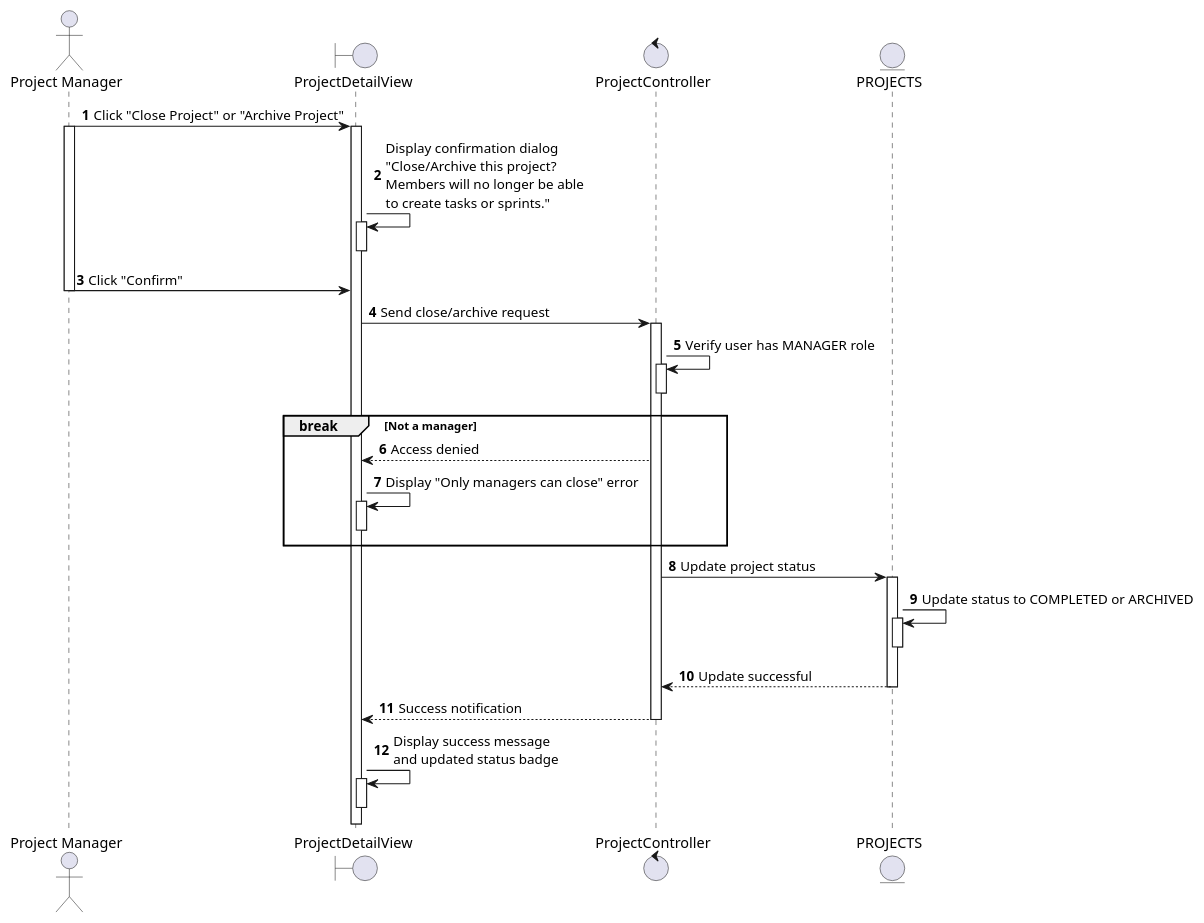
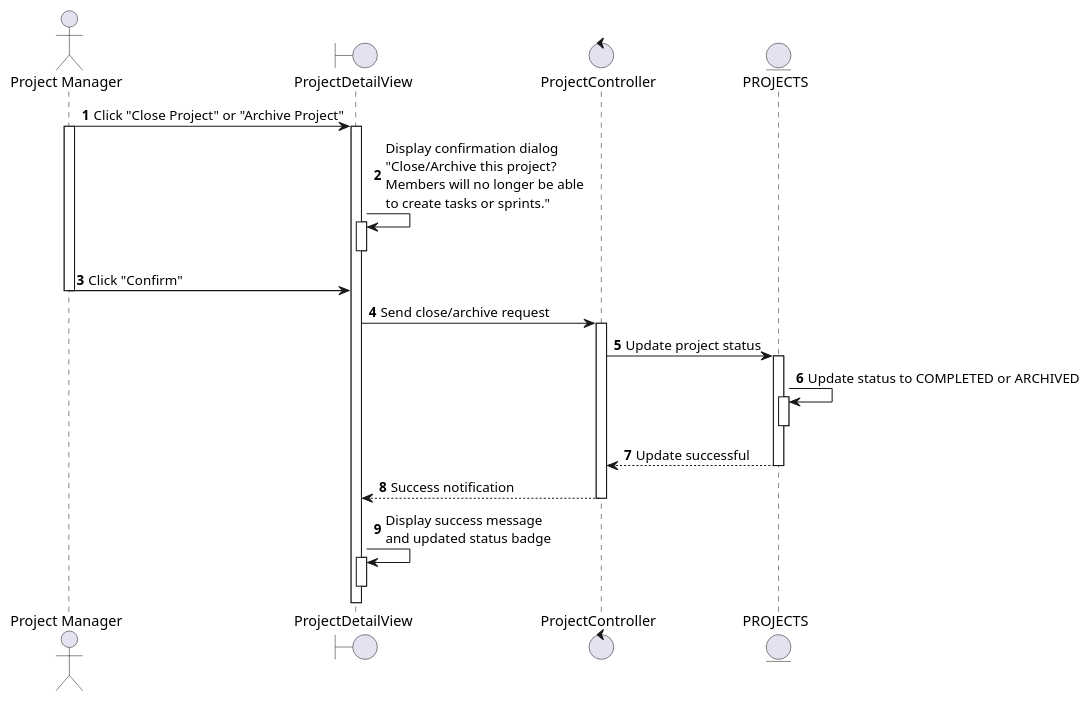
One commit to taskpilot-platform/taskpilot-platform.github.io changed the diagram in docs/docs/sequence/project-management/close-archive-project.md. Above: the diagram before and after it, drawn with PlantUML. The commit also changed 65 other files, not shown here.

Commit message:
docs: Add new sequence diagrams for various platform functionalities including project, task, sprint, user, and AI assistant management.

````diff
--- a/docs/docs/sequence/project-management/close-archive-project.md
+++ b/docs/docs/sequence/project-management/close-archive-project.md
@@ -3,48 +3,38 @@
 ```plantuml
 @startuml
 autonumber
 
 actor "Project Manager" as PM
 boundary ProjectDetailView as PDV
 control ProjectController as PC
 entity PROJECTS as P
 
 PM -> PDV: Click "Close Project" or "Archive Project"
 activate PM
 activate PDV
 PDV -> PDV: Display confirmation dialog\n"Close/Archive this project?\nMembers will no longer be able\nto create tasks or sprints."
 activate PDV
 deactivate PDV
 
 PM -> PDV: Click "Confirm"
 deactivate PM
 
 PDV -> PC: Send close/archive request
 activate PC
-PC -> PC: Verify user has MANAGER role
-activate PC
-deactivate PC
-
-break Not a manager
-  PDV <-- PC: Access denied
-  PDV -> PDV: Display "Only managers can close" error
-  activate PDV
-  deactivate PDV
-end
 
 PC -> P: Update project status
 activate P
 P -> P: Update status to COMPLETED or ARCHIVED
 activate P
 deactivate P
 PC <-- P: Update successful
 deactivate P
 
 PDV <-- PC: Success notification
 deactivate PC
 PDV -> PDV: Display success message\nand updated status badge
 activate PDV
 deactivate PDV
 
 @enduml
 ```
````
